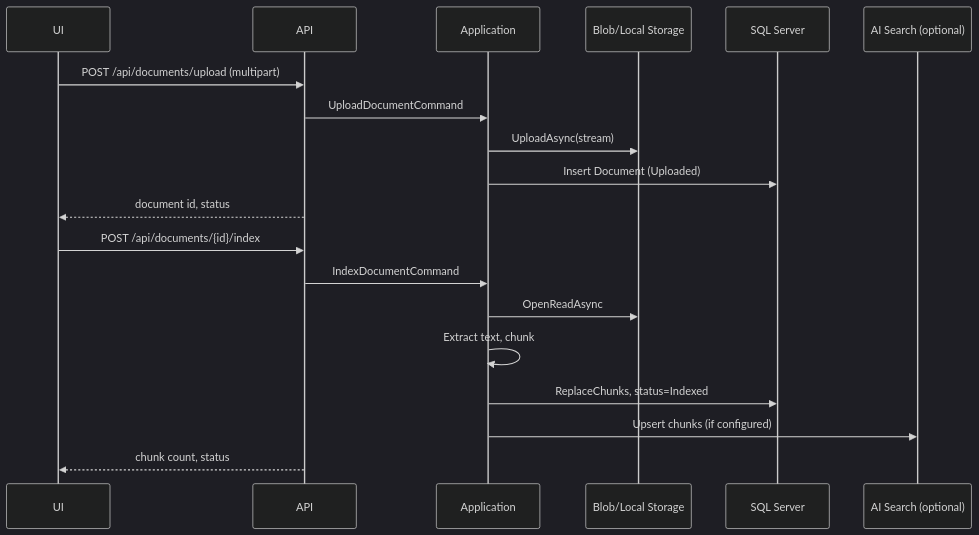
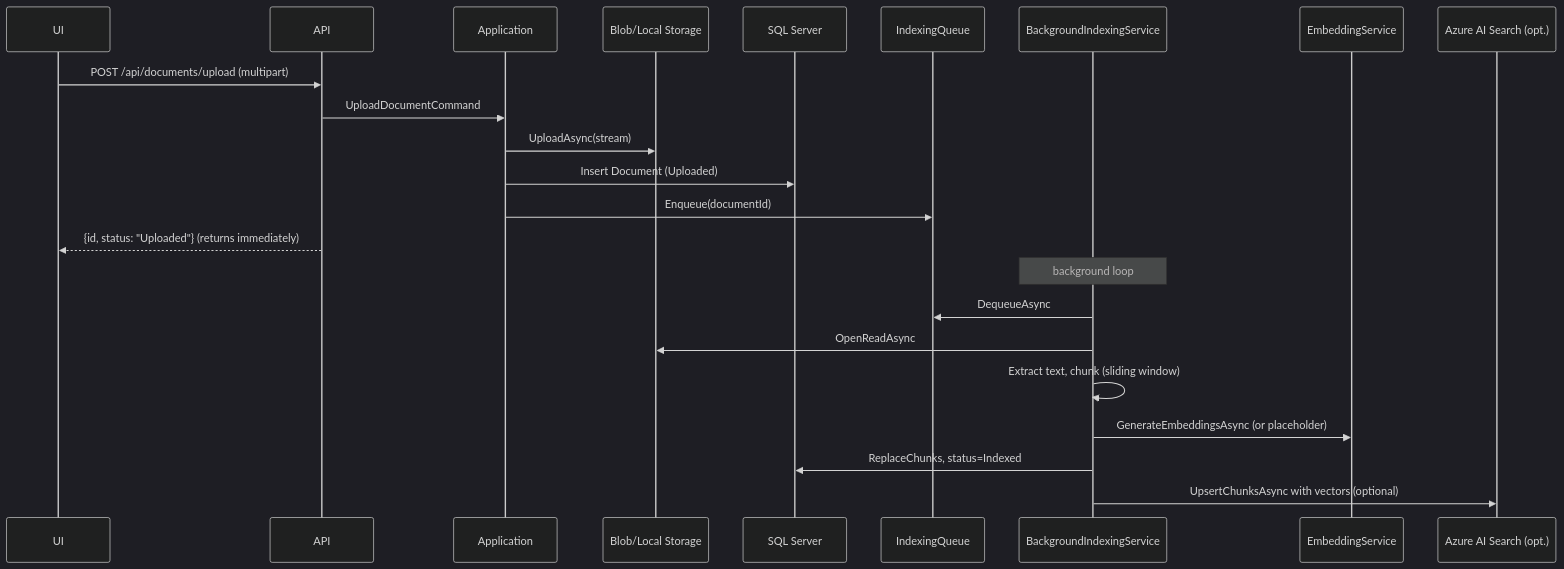
One commit to peter255/devassist-ai-workspace changed the first of 4 diagrams in docs/architecture.md. Above: the diagram before and after it, drawn with Mermaid (dark theme). The commit also changed other lines of this file and 18 other files, not shown here.

````diff
--- a/docs/architecture.md
+++ b/docs/architecture.md
@@ -67,23 +70,27 @@
 ```mermaid
 sequenceDiagram
     participant UI
     participant API
     participant App as Application
     participant Store as Blob/Local Storage
     participant DB as SQL Server
-    participant Search as AI Search (optional)
+    participant Queue as IndexingQueue
+    participant BG as BackgroundIndexingService
+    participant Embed as EmbeddingService
+    participant Search as Azure AI Search (opt.)
 
     UI->>API: POST /api/documents/upload (multipart)
     API->>App: UploadDocumentCommand
     App->>Store: UploadAsync(stream)
     App->>DB: Insert Document (Uploaded)
-    API-->>UI: document id, status
+    App->>Queue: Enqueue(documentId)
+    API-->>UI: {id, status: "Uploaded"} (returns immediately)
 
-    UI->>API: POST /api/documents/{id}/index
-    API->>App: IndexDocumentCommand
-    App->>Store: OpenReadAsync
-    App->>App: Extract text, chunk
-    App->>DB: ReplaceChunks, status=Indexed
-    App->>Search: Upsert chunks (if configured)
-    API-->>UI: chunk count, status
+    Note over BG: background loop
+    BG->>Queue: DequeueAsync
+    BG->>Store: OpenReadAsync
+    BG->>BG: Extract text, chunk (sliding window)
+    BG->>Embed: GenerateEmbeddingsAsync (or placeholder)
+    BG->>DB: ReplaceChunks, status=Indexed
+    BG->>Search: UpsertChunksAsync with vectors (optional)
 ```
````
